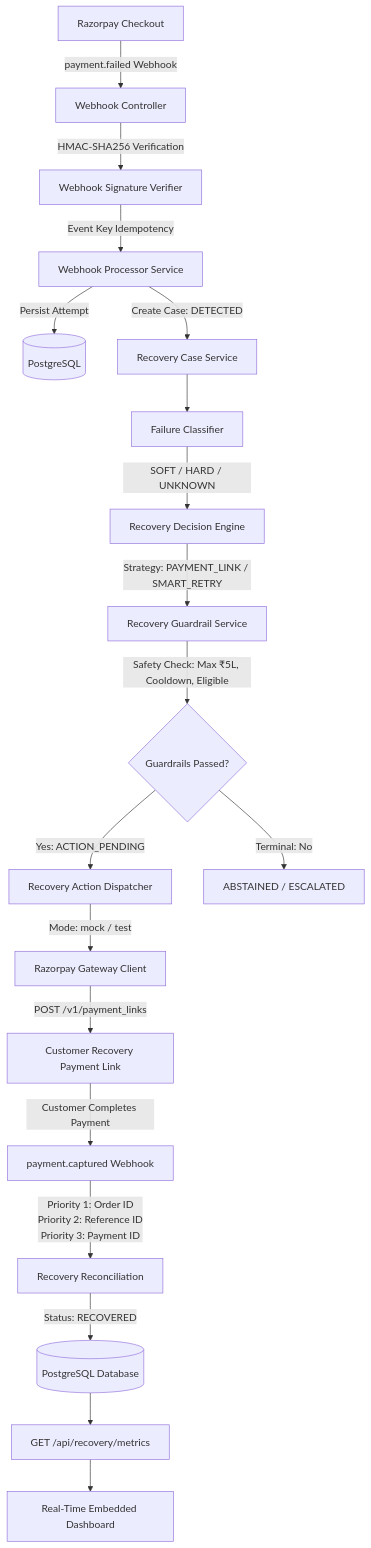
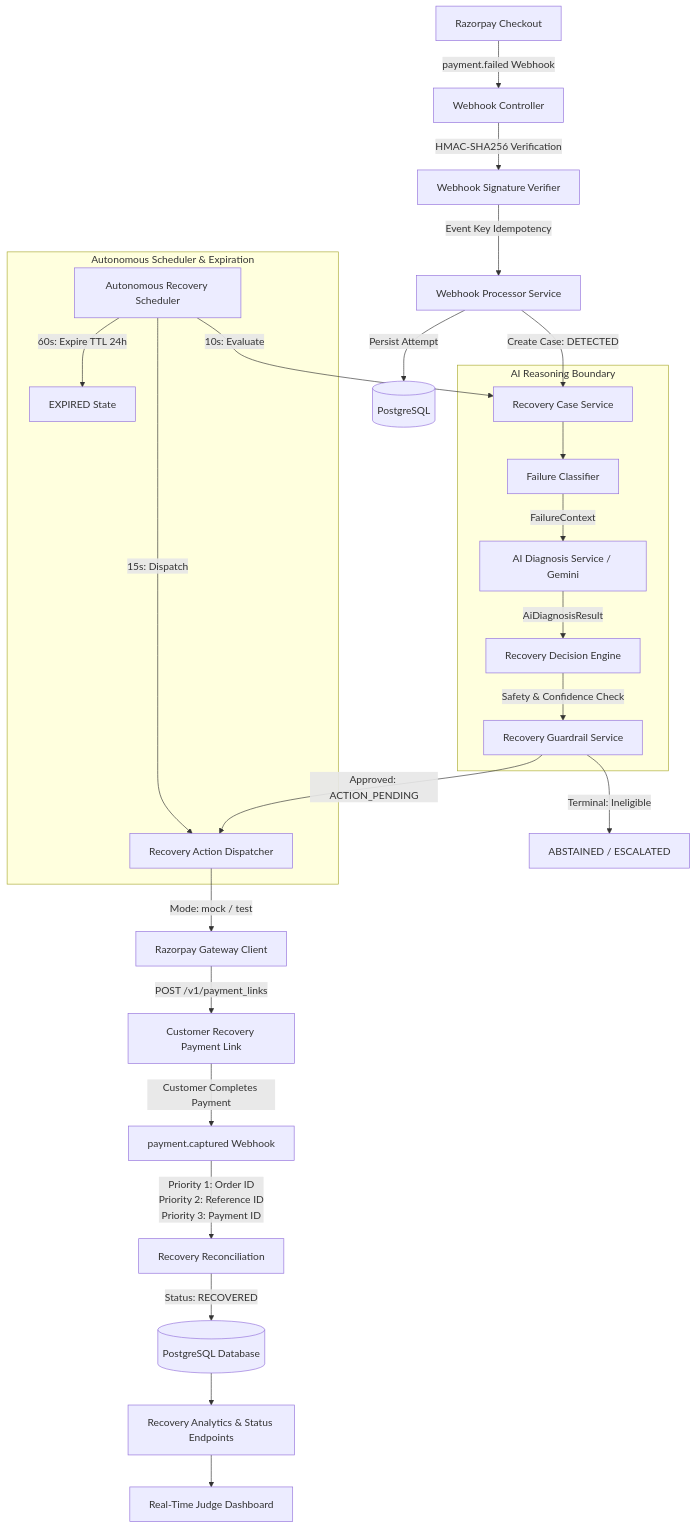
Before and after one commit to sunny-devx/razorrecall: the diagram in README.md, drawn with Mermaid. The commit also changed other lines of this file and 8 other files, not shown here.

Commit message:
feat: complete judge-ready dashboard and operations

````diff
--- a/README.md
+++ b/README.md
@@ -20,21 +66,32 @@
 ```mermaid
 flowchart TD
     A[Razorpay Checkout] -->|payment.failed Webhook| B[Webhook Controller]
     B -->|HMAC-SHA256 Verification| C[Webhook Signature Verifier]
     C -->|Event Key Idempotency| D[Webhook Processor Service]
     D -->|Persist Attempt| E[(PostgreSQL)]
     D -->|Create Case: DETECTED| F[Recovery Case Service]
-    F --> G[Failure Classifier]
-    G -->|SOFT / HARD / UNKNOWN| H[Recovery Decision Engine]
-    H -->|Strategy: PAYMENT_LINK / SMART_RETRY| I[Recovery Guardrail Service]
-    I -->|Safety Check: Max ₹5L, Cooldown, Eligible| J{Guardrails Passed?}
-    J -->|Yes: ACTION_PENDING| K[Recovery Action Dispatcher]
-    J -->|Terminal: No| L[ABSTAINED / ESCALATED]
+
+    subgraph AI Reasoning Boundary
+        F --> G[Failure Classifier]
+        G -->|FailureContext| H[AI Diagnosis Service / Gemini]
+        H -->|AiDiagnosisResult| I[Recovery Decision Engine]
+        I -->|Safety & Confidence Check| J[Recovery Guardrail Service]
+    end
+
+    J -->|Approved: ACTION_PENDING| K[Recovery Action Dispatcher]
+    J -->|Terminal: Ineligible| L[ABSTAINED / ESCALATED]
+
+    subgraph Autonomous Scheduler & Expiration
+        SCHED[Autonomous Recovery Scheduler] -->|10s: Evaluate| F
+        SCHED -->|15s: Dispatch| K
+        SCHED -->|60s: Expire TTL 24h| EXP[EXPIRED State]
+    end
+
     K -->|Mode: mock / test| M[Razorpay Gateway Client]
     M -->|POST /v1/payment_links| N[Customer Recovery Payment Link]
     N -->|Customer Completes Payment| O[payment.captured Webhook]
     O -->|Priority 1: Order ID<br/>Priority 2: Reference ID<br/>Priority 3: Payment ID| P[Recovery Reconciliation]
     P -->|Status: RECOVERED| Q[(PostgreSQL Database)]
-    Q --> R[GET /api/recovery/metrics]
-    R --> S[Real-Time Embedded Dashboard]
+    Q --> R[Recovery Analytics & Status Endpoints]
+    R --> S[Real-Time Judge Dashboard]
 ```
````
